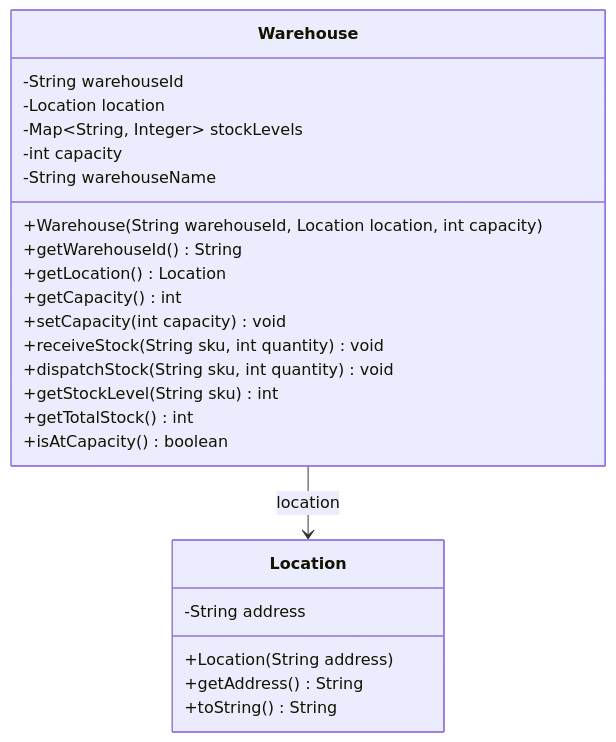
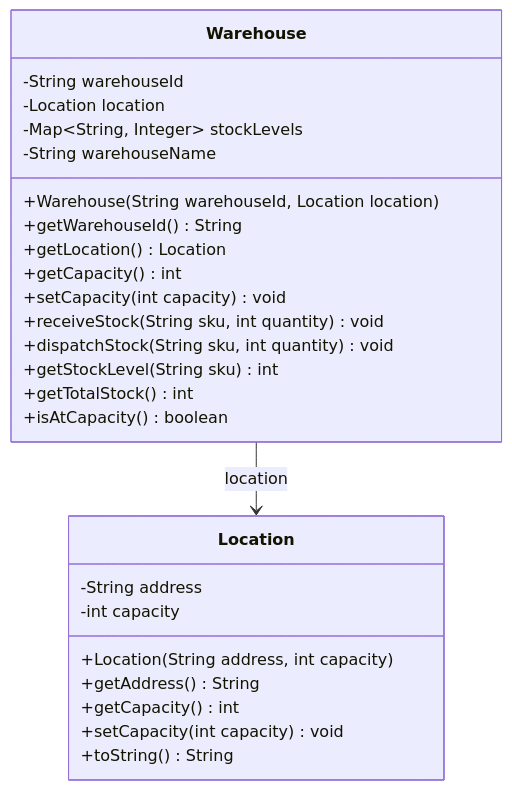
One commit to nichom01/GitHub-bob-demo changed the diagram in docs/diagrams/class-diagram.md. Above: the diagram before and after it, drawn with Mermaid. The commit also changed 3 other files, not shown here.

Commit message:
docs: auto-update release notes and diagrams via Bob

````diff
--- a/docs/diagrams/class-diagram.md
+++ b/docs/diagrams/class-diagram.md
@@ -3,29 +3,31 @@
 ```mermaid
 classDiagram
     class Location {
         -String address
-        +Location(String address)
+        -int capacity
+        +Location(String address, int capacity)
         +getAddress() String
+        +getCapacity() int
+        +setCapacity(int capacity) void
         +toString() String
     }
 
     class Warehouse {
         -String warehouseId
         -Location location
         -Map~String, Integer~ stockLevels
-        -int capacity
         -String warehouseName
-        +Warehouse(String warehouseId, Location location, int capacity)
+        +Warehouse(String warehouseId, Location location)
         +getWarehouseId() String
         +getLocation() Location
         +getCapacity() int
         +setCapacity(int capacity) void
         +receiveStock(String sku, int quantity) void
         +dispatchStock(String sku, int quantity) void
         +getStockLevel(String sku) int
         +getTotalStock() int
         +isAtCapacity() boolean
     }
 
     Warehouse --> Location : location
 ```
````
